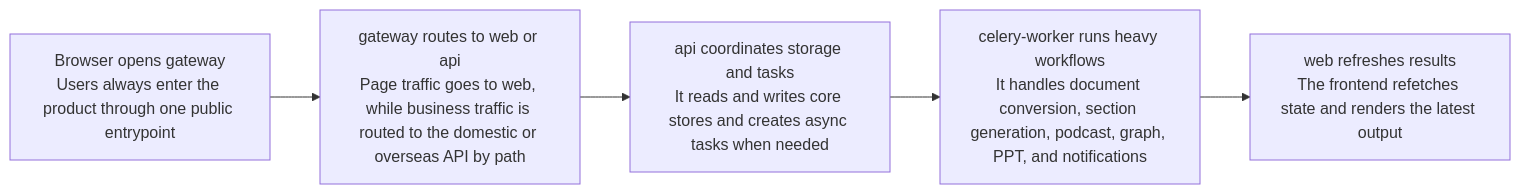
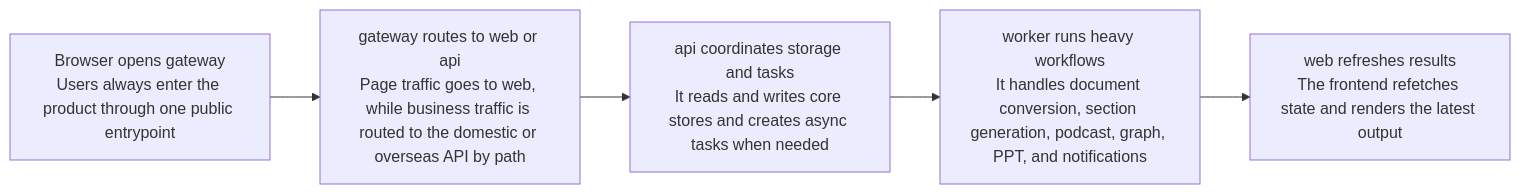
The first of 3 diagrams in docs/src/content/en/docs/flow.mdx (Qingyon-AI/Revornix), drawn with Mermaid before and after one commit. The commit also changed other lines of this file and 116 other files, not shown here.

First line of the commit message:
refactor: 💡 Rename celery-worker to worker, and finish cutting fastapi out of the worker path

````diff
--- a/docs/src/content/en/docs/flow.mdx
+++ b/docs/src/content/en/docs/flow.mdx
@@ -22,7 +22,7 @@
 ```mermaid
 flowchart LR
     A["Browser opens gateway<br/>Users always enter the product through one public entrypoint"] --> B["gateway routes to web or api<br/>Page traffic goes to web, while business traffic is routed to the domestic or overseas API by path"]
     B --> C["api coordinates storage and tasks<br/>It reads and writes core stores and creates async tasks when needed"]
-    C --> D["celery-worker runs heavy workflows<br/>It handles document conversion, section generation, podcast, graph, PPT, and notifications"]
+    C --> D["worker runs heavy workflows<br/>It handles document conversion, section generation, podcast, graph, PPT, and notifications"]
     D --> E["web refreshes results<br/>The frontend refetches state and renders the latest output"]
 ```
````
